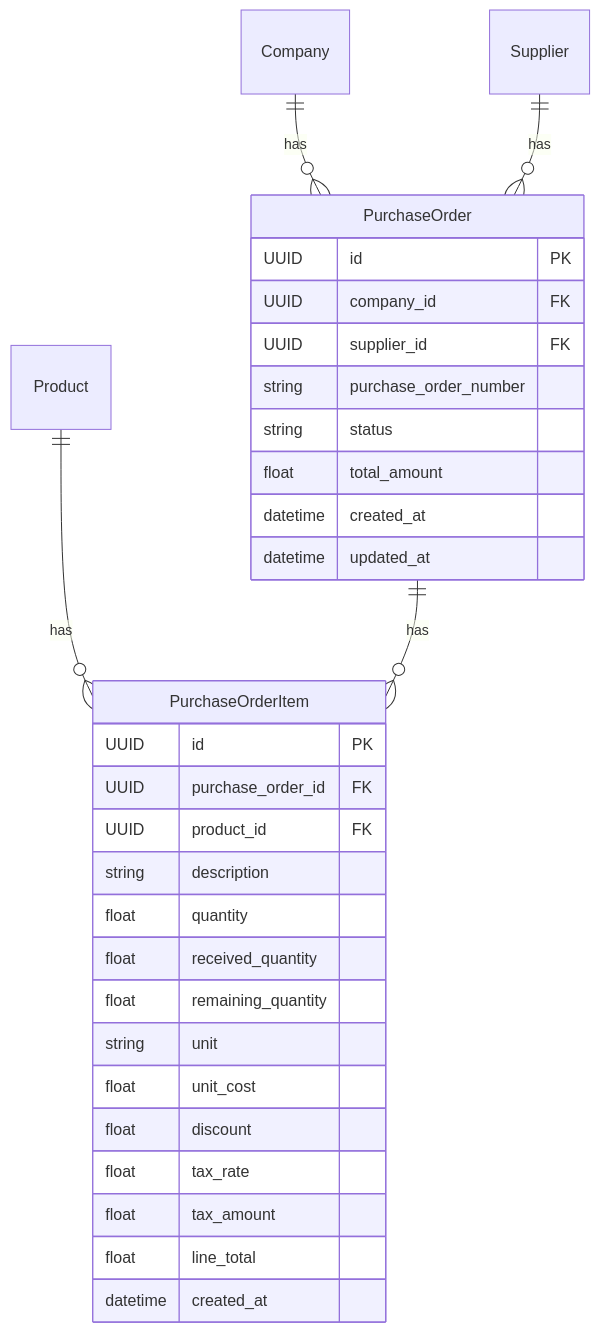
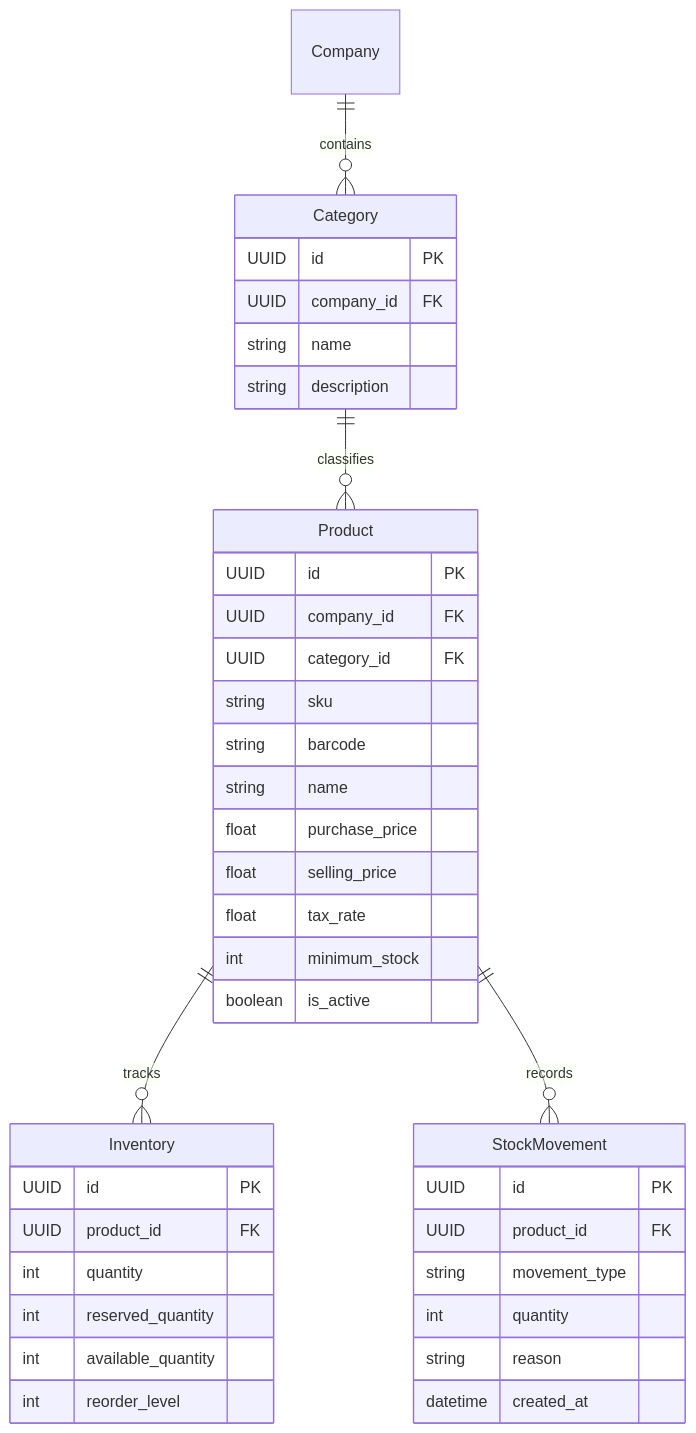
The fifth of 10 diagrams in SAD_and_SDD.md (ArimasHolding/TadbirAI), drawn with Mermaid before and after one commit. The commit also changed other lines of this file and 7 other files, not shown here.

````diff
--- a/SAD_and_SDD.md
+++ b/SAD_and_SDD.md
@@ -745,34 +311,43 @@
 ```mermaid
 erDiagram
-    PurchaseOrder {
+    Category {
         UUID id PK
         UUID company_id FK
-        UUID supplier_id FK
-        string purchase_order_number
-        string status
-        float total_amount
-        datetime created_at
-        datetime updated_at
+        string name
+        string description
     }
-    PurchaseOrderItem {
+    Product {
         UUID id PK
-        UUID purchase_order_id FK
+        UUID company_id FK
+        UUID category_id FK
+        string sku
+        string barcode
+        string name
+        float purchase_price
+        float selling_price
+        float tax_rate
+        int minimum_stock
+        boolean is_active
+    }
+    Inventory {
+        UUID id PK
         UUID product_id FK
-        string description
-        float quantity
-        float received_quantity
-        float remaining_quantity
-        string unit
-        float unit_cost
-        float discount
-        float tax_rate
-        float tax_amount
-        float line_total
+        int quantity
+        int reserved_quantity
+        int available_quantity
+        int reorder_level
+    }
+    StockMovement {
+        UUID id PK
+        UUID product_id FK
+        string movement_type
+        int quantity
+        string reason
         datetime created_at
     }
 
-    Product ||--o{ PurchaseOrderItem : has
-    PurchaseOrder ||--o{ PurchaseOrderItem : has
-    Company ||--o{ PurchaseOrder : has
-    Supplier ||--o{ PurchaseOrder : has
+    Company ||--o{ Category : contains
+    Category ||--o{ Product : classifies
+    Product ||--o{ Inventory : tracks
+    Product ||--o{ StockMovement : records
 ```
````
